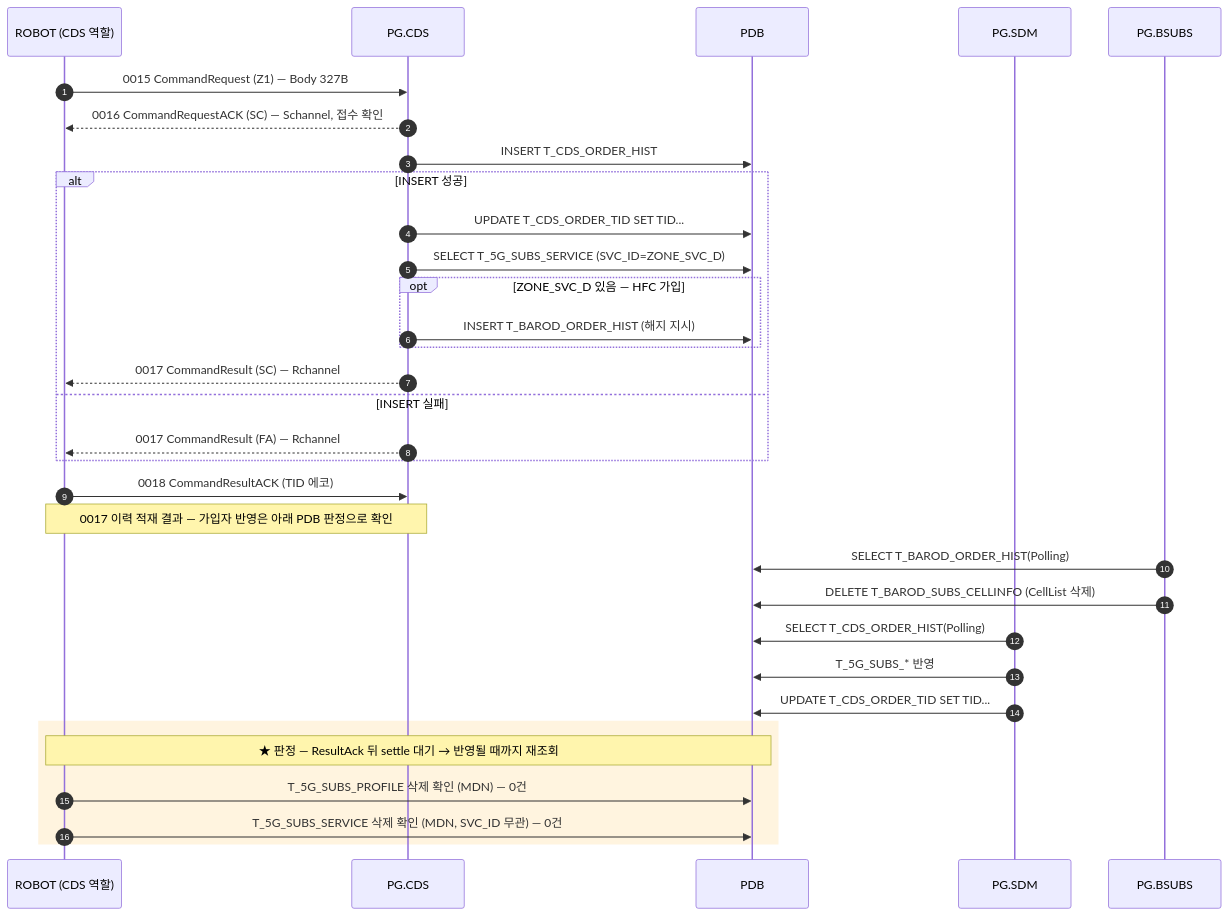
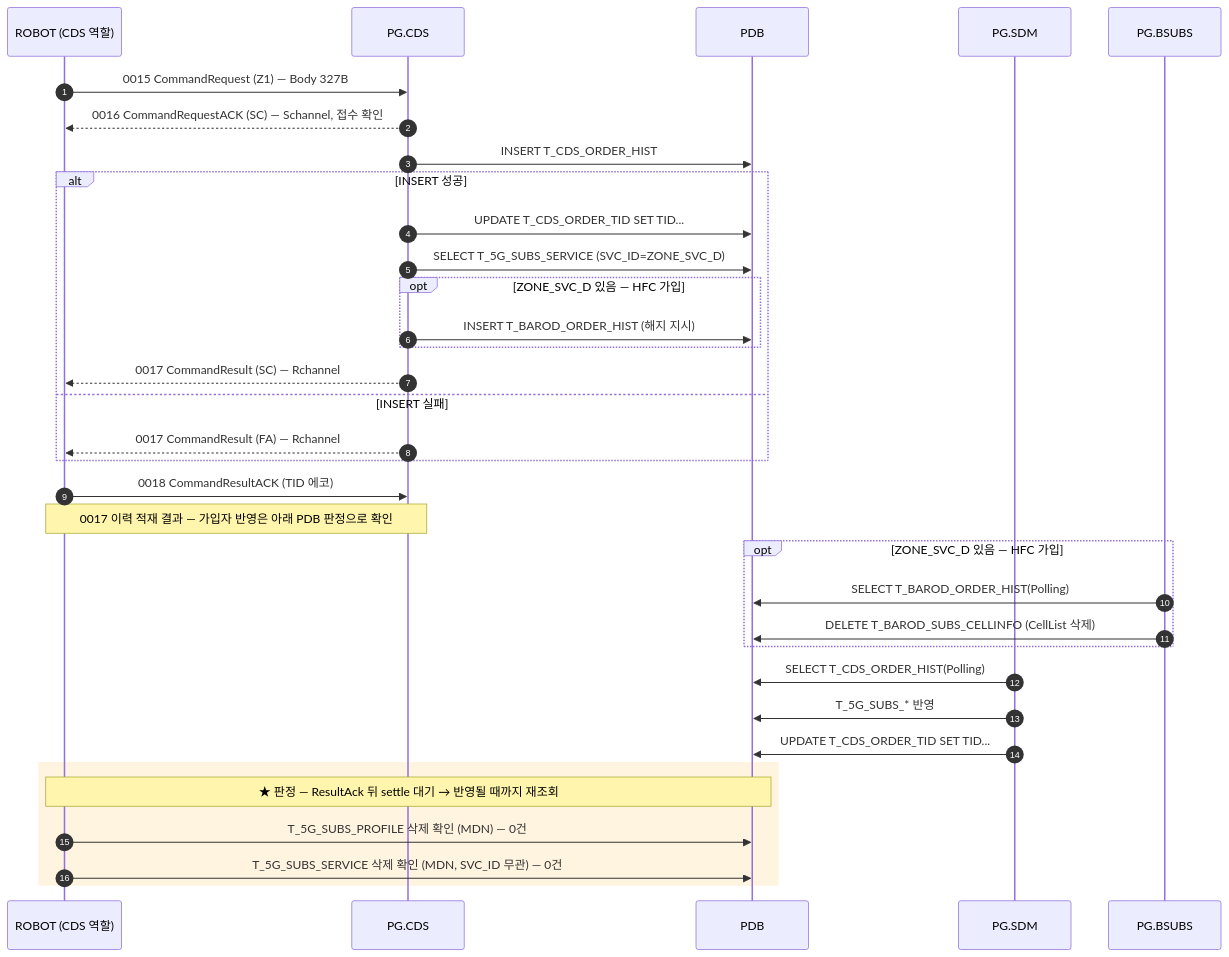
The diagram in docs/callflow/CDS_Z1.md (IanKim2030/tc4robot), drawn with Mermaid before and after one commit. The commit also changed 4 other files, not shown here.

First line of the commit message:
docs: BSUBS 처리도 HFC 조건 안으로 (Z1 + C1/G1/D3)

````diff
--- a/docs/callflow/CDS_Z1.md
+++ b/docs/callflow/CDS_Z1.md
@@ -17,36 +17,38 @@
 ```mermaid
 sequenceDiagram
     autonumber
     participant TOOL as ROBOT (CDS 역할)
     participant PCDS as PG.CDS
     participant PDB as PDB
     participant SDM as PG.SDM
     participant BSUBS as PG.BSUBS
 
     TOOL->>PCDS: 0015 CommandRequest (Z1) — Body 327B
     PCDS-->>TOOL: 0016 CommandRequestACK (SC) — Schannel, 접수 확인
     PCDS->>PDB: INSERT T_CDS_ORDER_HIST
     alt INSERT 성공
         PCDS->>PDB: UPDATE T_CDS_ORDER_TID SET TID...
         PCDS->>PDB: SELECT T_5G_SUBS_SERVICE (SVC_ID=ZONE_SVC_D)
         opt ZONE_SVC_D 있음 — HFC 가입
             PCDS->>PDB: INSERT T_BAROD_ORDER_HIST (해지 지시)
         end
         PCDS-->>TOOL: 0017 CommandResult (SC) — Rchannel
     else INSERT 실패
         PCDS-->>TOOL: 0017 CommandResult (FA) — Rchannel
     end
     TOOL->>PCDS: 0018 CommandResultACK (TID 에코)
     Note over TOOL,PCDS: 0017 이력 적재 결과 — 가입자 반영은 아래 PDB 판정으로 확인
 
-    BSUBS->>PDB: SELECT T_BAROD_ORDER_HIST(Polling)
-    BSUBS->>PDB: DELETE T_BAROD_SUBS_CELLINFO (CellList 삭제)
+    opt ZONE_SVC_D 있음 — HFC 가입
+        BSUBS->>PDB: SELECT T_BAROD_ORDER_HIST(Polling)
+        BSUBS->>PDB: DELETE T_BAROD_SUBS_CELLINFO (CellList 삭제)
+    end
     SDM->>PDB: SELECT T_CDS_ORDER_HIST(Polling)
     SDM->>PDB: T_5G_SUBS_* 반영
     SDM->>PDB: UPDATE T_CDS_ORDER_TID SET TID...
     rect rgba(255, 176, 32, 0.14)
     Note over TOOL,PDB: ★ 판정 — ResultAck 뒤 settle 대기 → 반영될 때까지 재조회
         TOOL->>PDB: T_5G_SUBS_PROFILE 삭제 확인 (MDN) — 0건
         TOOL->>PDB: T_5G_SUBS_SERVICE 삭제 확인 (MDN, SVC_ID 무관) — 0건
     end
 ```
````
